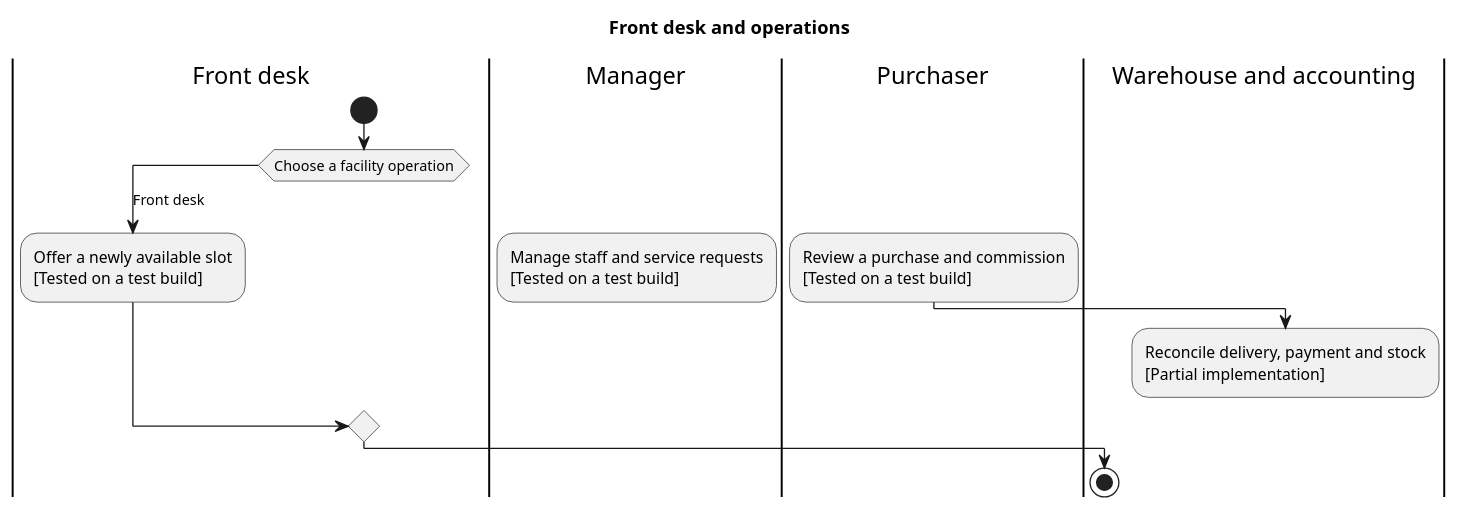
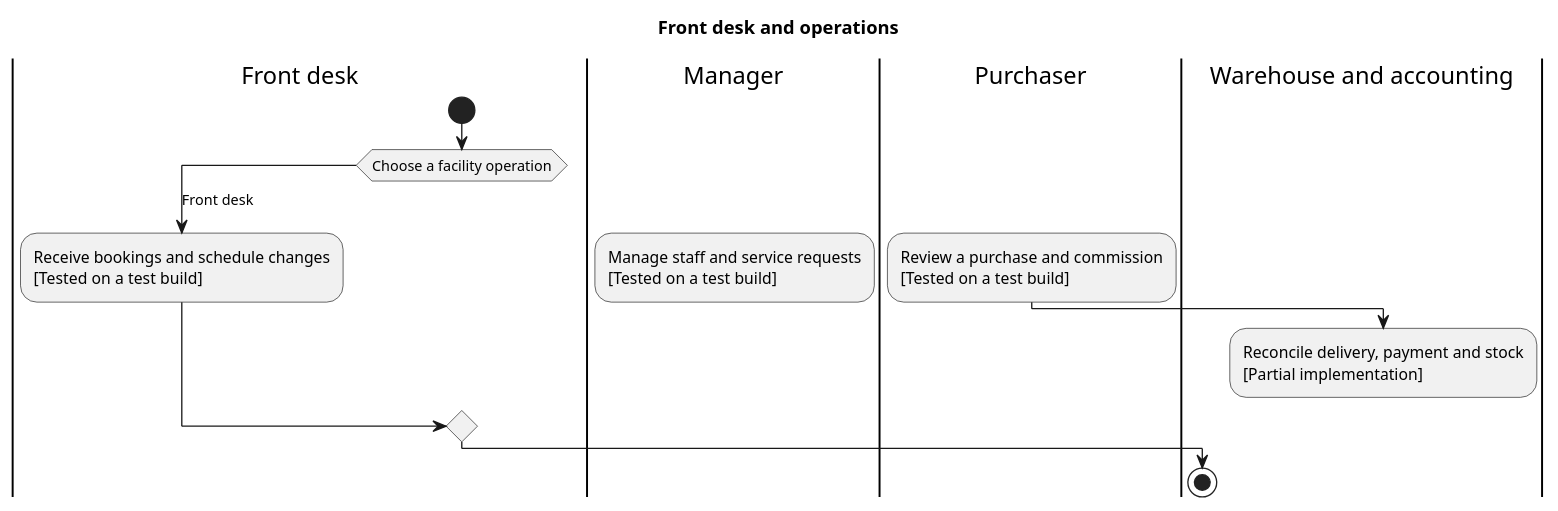
The eighth of 10 diagrams in medbook-full-en.puml (medbookdev/medbook-readiness), drawn with PlantUML before and after one commit. The commit also changed 11 other files, not shown here.

```diff
--- a/medbook-full-en.puml
+++ b/medbook-full-en.puml
@@ -149,20 +149,20 @@
 @startuml medbook-clinic
 skinparam shadowing false
 title Front desk and operations
 |Front desk|
 start
 switch (Choose a facility operation)
 case (Front desk)
 |Front desk|
-:Offer a newly available slot\n[Tested on a test build];
+:Receive bookings and schedule changes\n[Tested on a test build];
 case (Staffing)
 |Manager|
 :Manage staff and service requests\n[Tested on a test build];
 case (Purchasing and finance)
 |Purchaser|
 :Review a purchase and commission\n[Tested on a test build];
 |Warehouse and accounting|
 :Reconcile delivery, payment and stock\n[Partial implementation];
 endswitch
 stop
 @enduml
```
